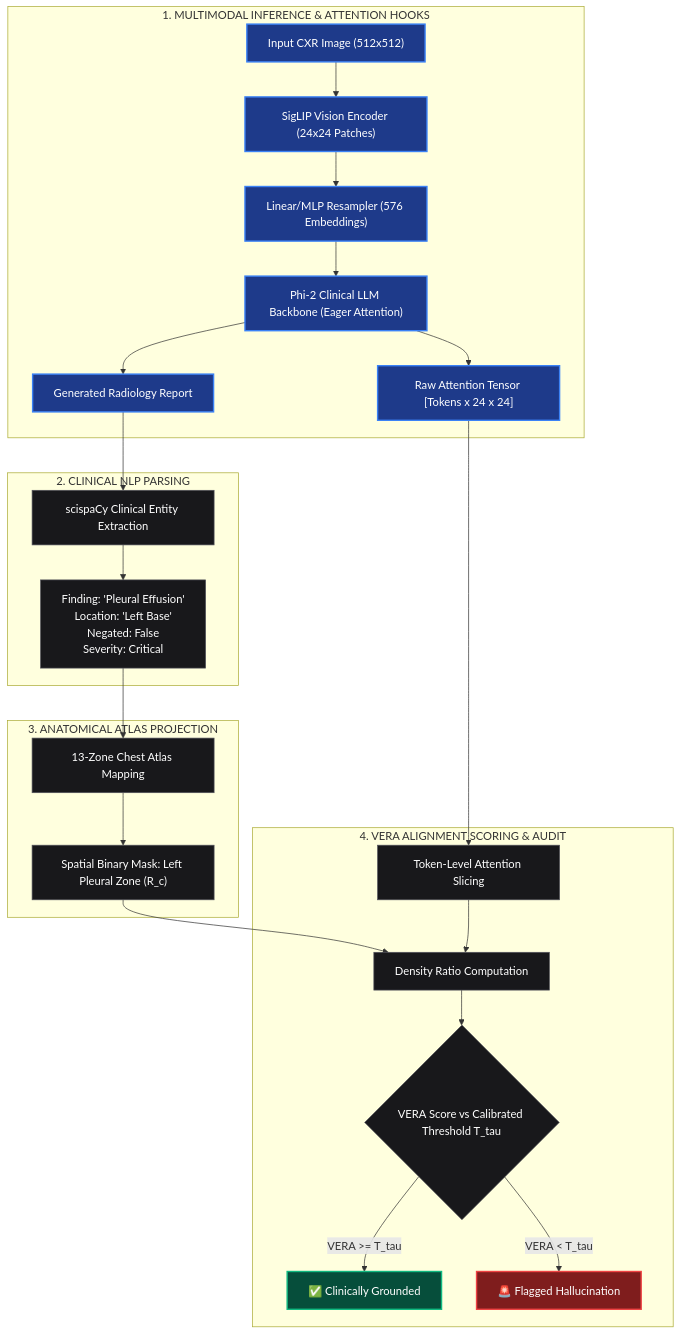
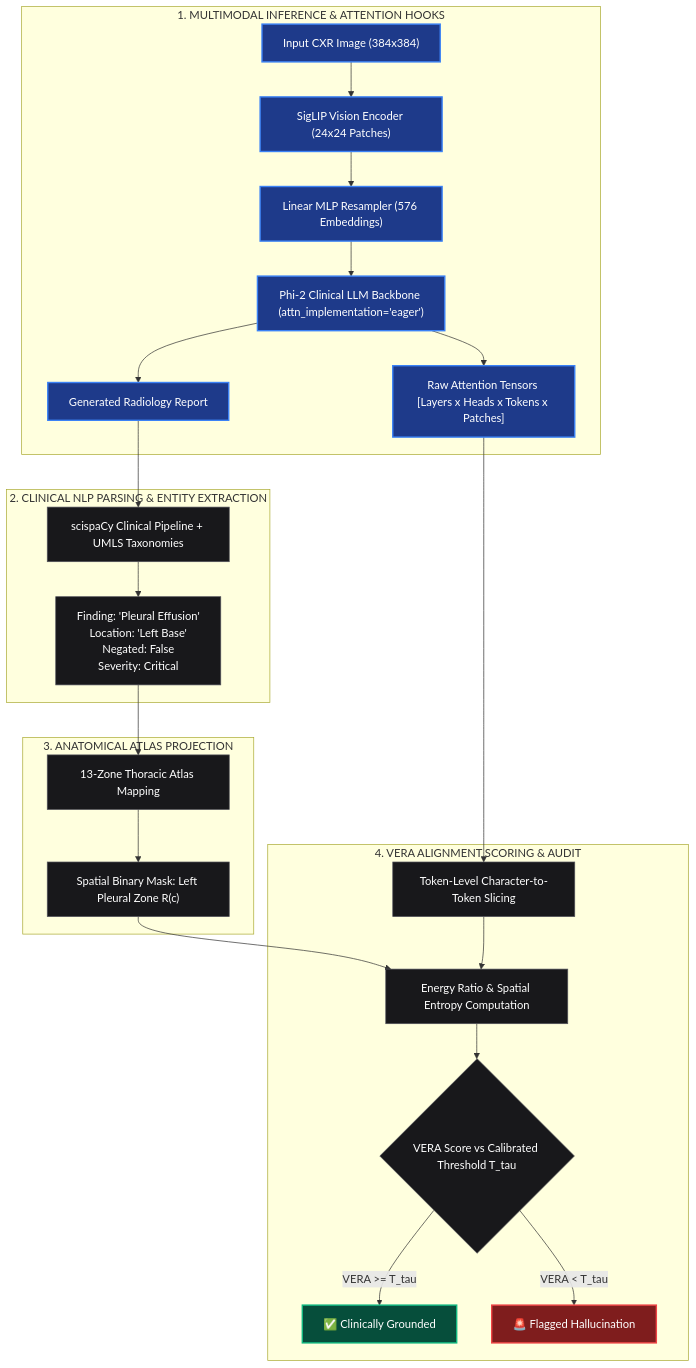
One commit to 4-thkind/VERA changed the diagram in README.md. Above: the diagram before and after it, drawn with Mermaid. The commit also changed other lines of this file, not shown here.

````diff
--- a/README.md
+++ b/README.md
@@ -131,40 +181,40 @@
 ```mermaid
 flowchart TD
     subgraph S1["1. MULTIMODAL INFERENCE & ATTENTION HOOKS"]
-        A["Input CXR Image (512x512)"] --> B["SigLIP Vision Encoder (24x24 Patches)"]
-        B --> C["Linear/MLP Resampler (576 Embeddings)"]
-        C --> D["Phi-2 Clinical LLM Backbone (Eager Attention)"]
+        A["Input CXR Image (384x384)"] --> B["SigLIP Vision Encoder (24x24 Patches)"]
+        B --> C["Linear MLP Resampler (576 Embeddings)"]
+        C --> D["Phi-2 Clinical LLM Backbone (attn_implementation='eager')"]
         D --> E["Generated Radiology Report"]
-        D --> F["Raw Attention Tensor [Tokens x 24 x 24]"]
+        D --> F["Raw Attention Tensors [Layers x Heads x Tokens x Patches]"]
     end
 
-    subgraph S2["2. CLINICAL NLP PARSING"]
-        E --> G["scispaCy Clinical Entity Extraction"]
+    subgraph S2["2. CLINICAL NLP PARSING & ENTITY EXTRACTION"]
+        E --> G["scispaCy Clinical Pipeline + UMLS Taxonomies"]
         G --> H["Finding: 'Pleural Effusion'<br/>Location: 'Left Base'<br/>Negated: False<br/>Severity: Critical"]
     end
 
     subgraph S3["3. ANATOMICAL ATLAS PROJECTION"]
-        H --> I["13-Zone Chest Atlas Mapping"]
-        I --> J["Spatial Binary Mask: Left Pleural Zone (R_c)"]
+        H --> I["13-Zone Thoracic Atlas Mapping"]
+        I --> J["Spatial Binary Mask: Left Pleural Zone R(c)"]
     end
 
     subgraph S4["4. VERA ALIGNMENT SCORING & AUDIT"]
-        F --> K["Token-Level Attention Slicing"]
-        J --> L["Density Ratio Computation"]
+        F --> K["Token-Level Character-to-Token Slicing"]
+        J --> L["Energy Ratio & Spatial Entropy Computation"]
         K --> L
         L --> M{"VERA Score vs Calibrated Threshold T_tau"}
         M -->|VERA >= T_tau| N["✅ Clinically Grounded"]
         M -->|VERA < T_tau| O["🚨 Flagged Hallucination"]
     end
 
     classDef blue fill:#1e3a8a,stroke:#3b82f6,stroke-width:2px,color:#ffffff;
     classDef green fill:#064e3b,stroke:#10b981,stroke-width:2px,color:#ffffff;
     classDef red fill:#7f1d1d,stroke:#ef4444,stroke-width:2px,color:#ffffff;
     classDef dark fill:#18181b,stroke:#52525b,stroke-width:1px,color:#ffffff;
 
     class A,B,C,D,E,F blue;
     class G,H,I,J dark;
     class K,L,M dark;
     class N green;
     class O red;
 ```
````
